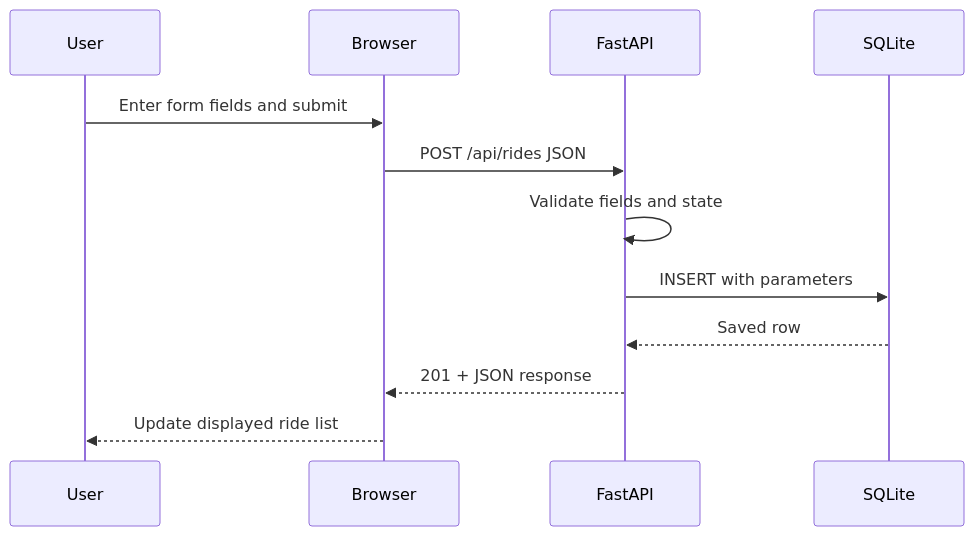
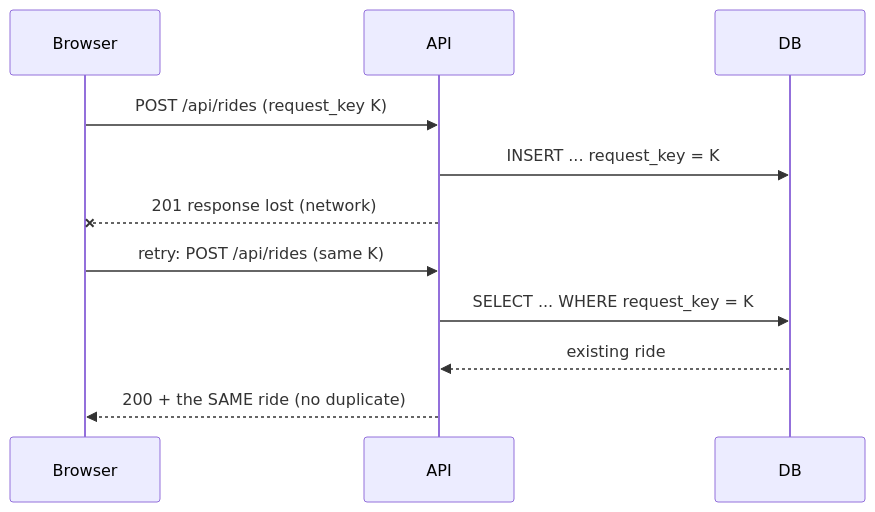
One commit to FUllSCIPTS/ATLAS changed diagram 13 of 22 in docs/WEB_TECHNOLOGY.md. Above: the diagram before and after it, drawn with Mermaid. The commit also changed other lines of this file and 2 other files, not shown here.

```diff
--- a/docs/WEB_TECHNOLOGY.md
+++ b/docs/WEB_TECHNOLOGY.md
@@ -206,14 +779,13 @@
 ~~~mermaid
 sequenceDiagram
- participant User
- participant Browser
- participant API as FastAPI
- participant DB as SQLite
- User->>Browser: Enter form fields and submit
- Browser->>API: POST /api/rides JSON
- API->>API: Validate fields and state
- API->>DB: INSERT with parameters
- DB-->>API: Saved row
- API-->>Browser: 201 + JSON response
- Browser-->>User: Update displayed ride list
+ participant App as Browser
+ participant API
+ participant DB
+ App->>API: POST /api/rides (request_key K)
+ API->>DB: INSERT ... request_key = K
+ API--xApp: 201 response lost (network)
+ App->>API: retry: POST /api/rides (same K)
+ API->>DB: SELECT ... WHERE request_key = K
+ DB-->>API: existing ride
+ API-->>App: 200 + the SAME ride (no duplicate)
 ~~~
```
